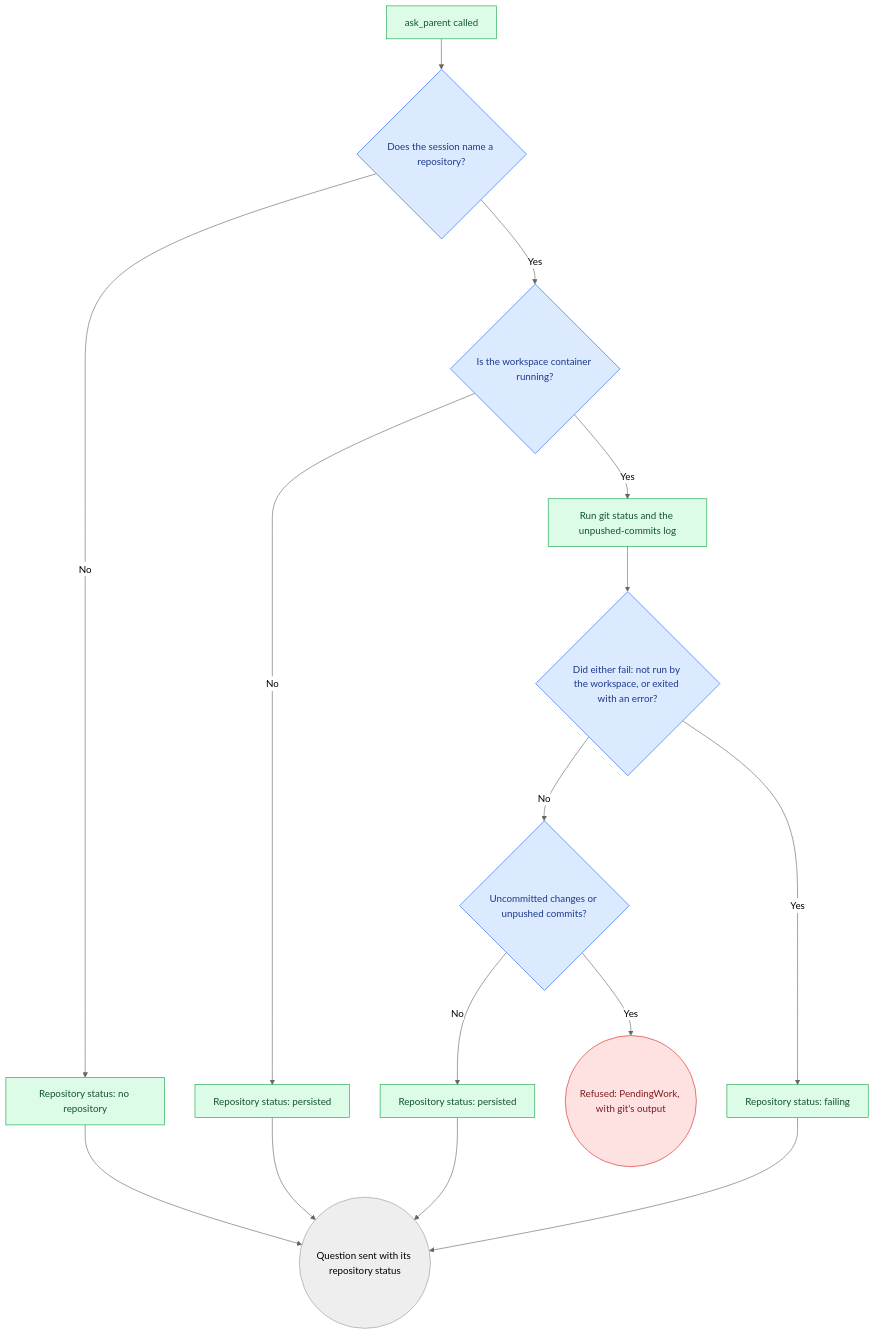
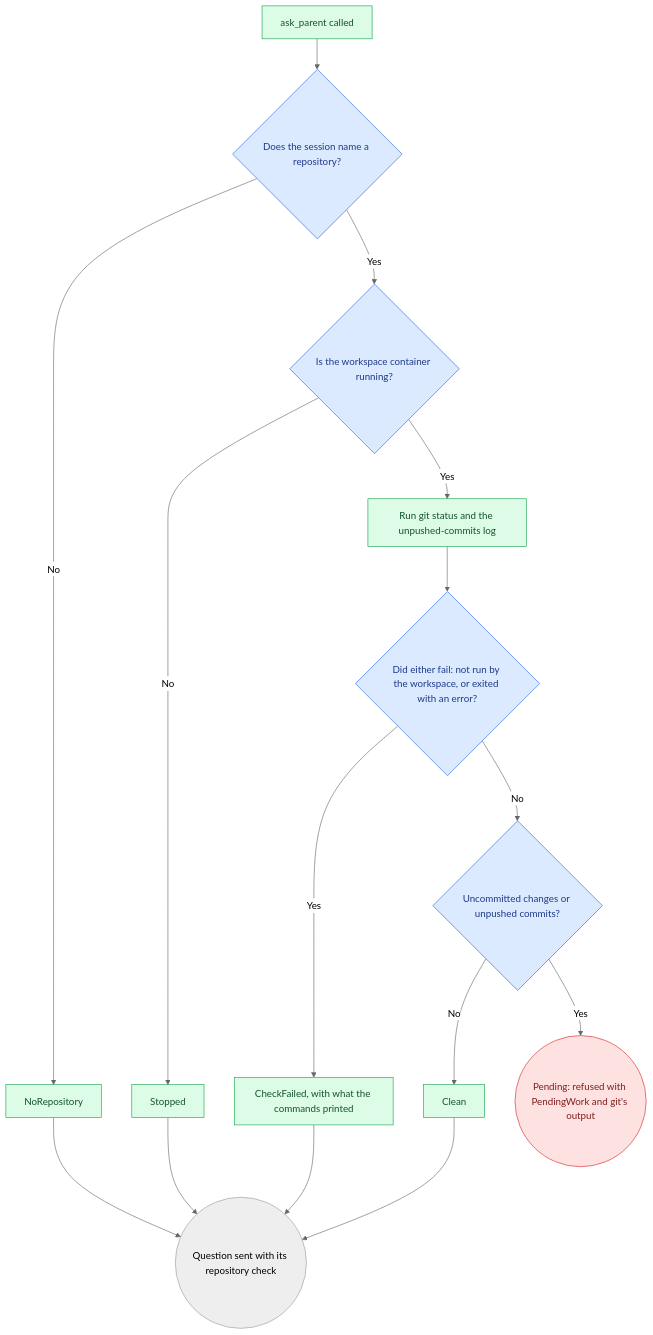
The second of 2 diagrams in docs/technical-design/question-round-trip.md (asermax/tentacles), drawn with Mermaid (neutral theme) before and after one commit. The commit also changed other lines of this file and 5 other files, not shown here.

Commit message:
docs: name the four repository check outcomes a question carries and the identity variables

````diff
--- a/docs/technical-design/question-round-trip.md
+++ b/docs/technical-design/question-round-trip.md
@@ -71,23 +71,23 @@
 ```mermaid
 flowchart TD
     A["ask_parent called"] --> R{"Does the session name a repository?"}
-    R -->|No| NR["Repository status: no repository"]
+    R -->|No| NR["NoRepository"]
     R -->|Yes| C{"Is the workspace container running?"}
-    C -->|No| P1["Repository status: persisted"]
+    C -->|No| ST["Stopped"]
     C -->|Yes| B["Run git status and the unpushed-commits log"]
     B --> D{"Did either fail: not run by the workspace, or exited with an error?"}
-    D -->|Yes| F["Repository status: failing"]
+    D -->|Yes| F["CheckFailed, with what the commands printed"]
     D -->|No| E{"Uncommitted changes or unpushed commits?"}
-    E -->|Yes| X(("Refused: PendingWork, with git's output"))
-    E -->|No| P2["Repository status: persisted"]
-    NR --> S(("Question sent with its repository status"))
-    P1 --> S
-    P2 --> S
+    E -->|No| CL["Clean"]
+    E -->|Yes| X(("Pending: refused with PendingWork and git's output"))
+    NR --> S(("Question sent with its repository check"))
+    ST --> S
+    CL --> S
     F --> S
     classDef step fill:#dcfce7,stroke:#16a34a,color:#14532d
     classDef decision fill:#dbeafe,stroke:#2563eb,color:#1e3a8a
     classDef fail fill:#fee2e2,stroke:#dc2626,color:#7f1d1d
-    class A,B,NR,P1,P2,F step
+    class A,B,NR,ST,CL,F step
     class R,C,D,E decision
     class X fail
 ```
````
